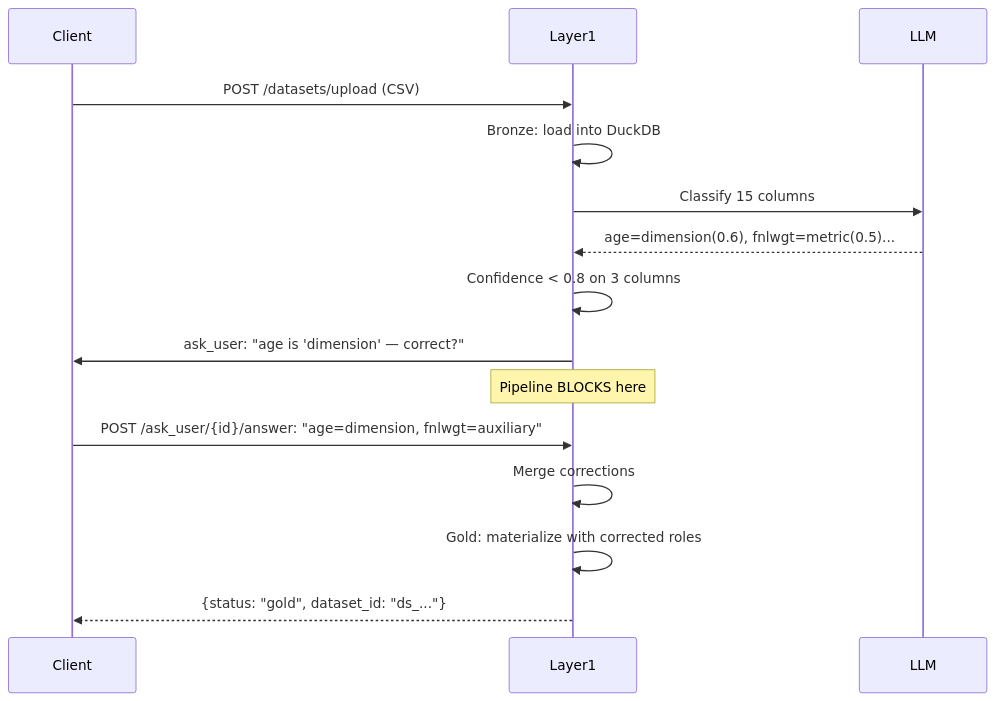
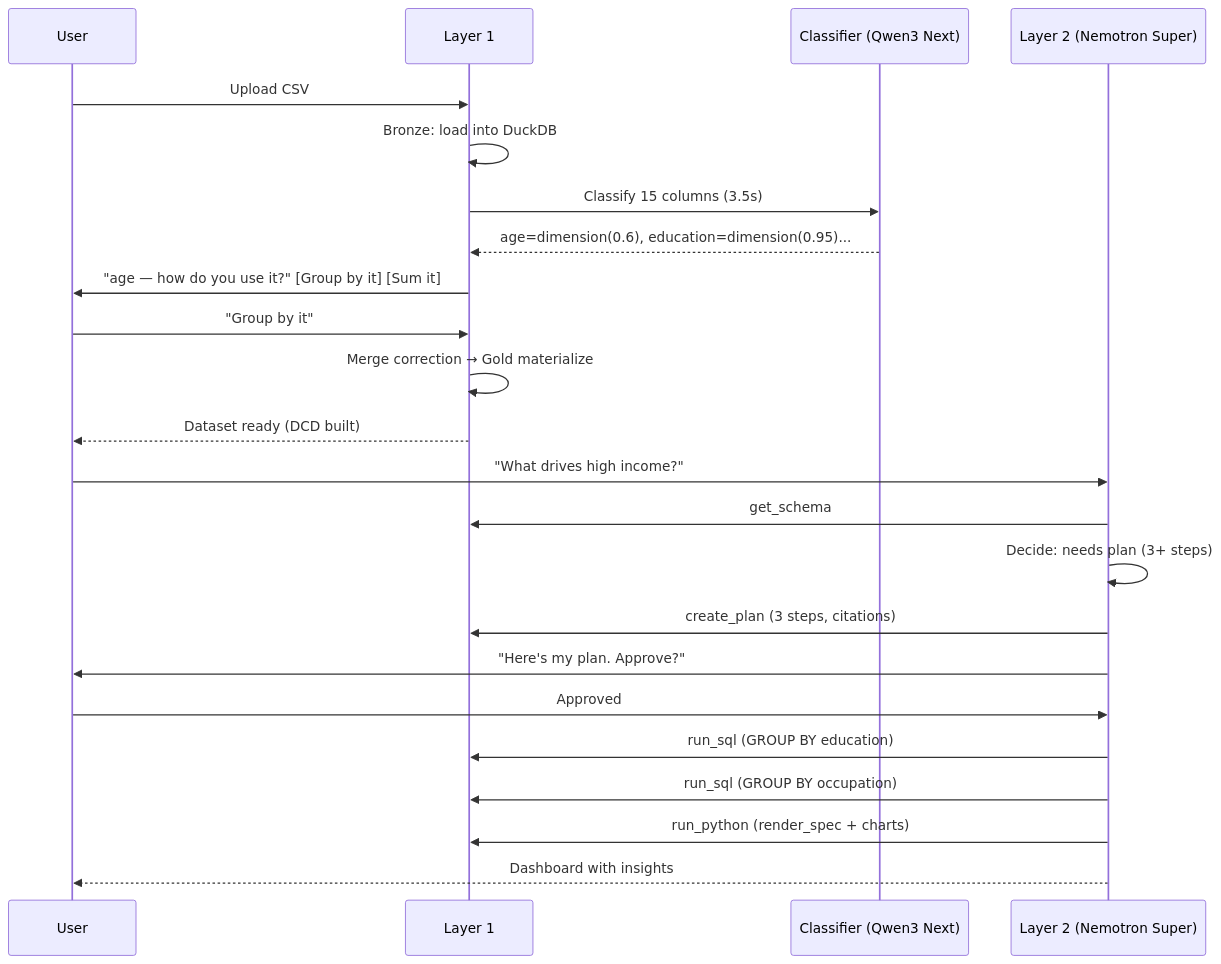
One commit to hitakshiA/Manthan changed the fourth of 4 diagrams in README.md. Above: the diagram before and after it, drawn with Mermaid. The commit also changed other lines of this file, not shown here.

Commit message:
docs: rewrite README for hackathon judges — semantic layer focus, differentiation, live demo

````diff
--- a/README.md
+++ b/README.md
@@ -96,18 +209,27 @@
 ```mermaid
 sequenceDiagram
-    participant Client
-    participant Layer1
-    participant LLM
+    participant User
+    participant L1 as Layer 1
+    participant LLM as Classifier (Qwen3 Next)
+    participant Agent as Layer 2 (Nemotron Super)
 
-    Client->>Layer1: POST /datasets/upload (CSV)
-    Layer1->>Layer1: Bronze: load into DuckDB
-    Layer1->>LLM: Classify 15 columns
-    LLM-->>Layer1: age=dimension(0.6), fnlwgt=metric(0.5)...
-    Layer1->>Layer1: Confidence < 0.8 on 3 columns
-    Layer1->>Client: ask_user: "age is 'dimension' — correct?"
-    Note over Layer1: Pipeline BLOCKS here
-    Client->>Layer1: POST /ask_user/{id}/answer: "age=dimension, fnlwgt=auxiliary"
-    Layer1->>Layer1: Merge corrections
-    Layer1->>Layer1: Gold: materialize with corrected roles
-    Layer1-->>Client: {status: "gold", dataset_id: "ds_..."}
+    User->>L1: Upload CSV
+    L1->>L1: Bronze: load into DuckDB
+    L1->>LLM: Classify 15 columns (3.5s)
+    LLM-->>L1: age=dimension(0.6), education=dimension(0.95)...
+    L1->>User: "age — how do you use it?" [Group by it] [Sum it]
+    User->>L1: "Group by it"
+    L1->>L1: Merge correction → Gold materialize
+    L1-->>User: Dataset ready (DCD built)
+
+    User->>Agent: "What drives high income?"
+    Agent->>L1: get_schema
+    Agent->>Agent: Decide: needs plan (3+ steps)
+    Agent->>L1: create_plan (3 steps, citations)
+    Agent->>User: "Here's my plan. Approve?"
+    User->>Agent: Approved
+    Agent->>L1: run_sql (GROUP BY education)
+    Agent->>L1: run_sql (GROUP BY occupation)
+    Agent->>L1: run_python (render_spec + charts)
+    Agent-->>User: Dashboard with insights
 ```
````
